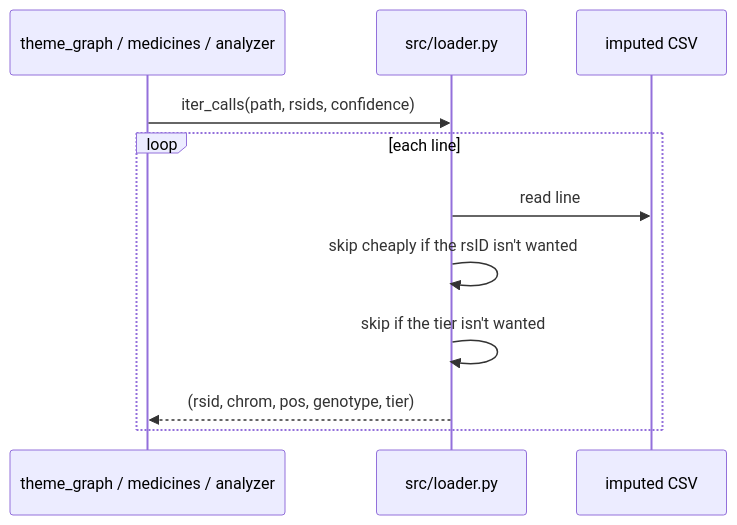
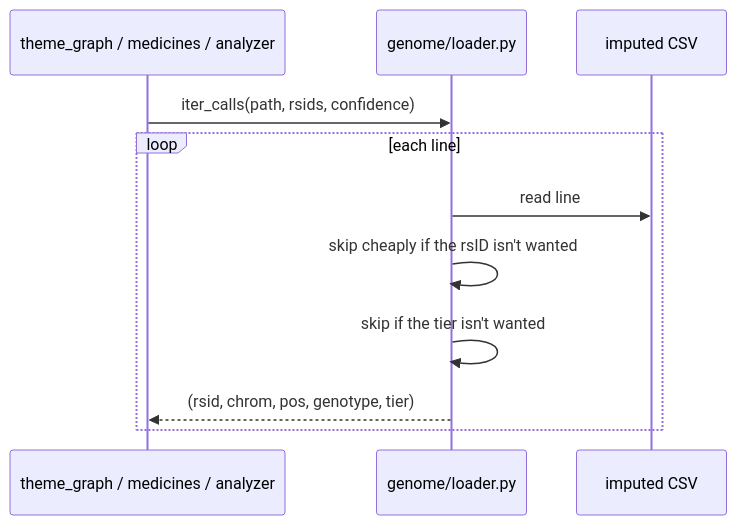
Before and after one commit to Lyceriuss/DNA-Analyzer: the fourth of 4 diagrams in docs/architecture/imputation.md, drawn with Mermaid. The commit also changed other lines of this file and 109 other files, not shown here.

````diff
--- a/docs/architecture/imputation.md
+++ b/docs/architecture/imputation.md
@@ -76,13 +76,13 @@
 ```mermaid
 sequenceDiagram
     participant Caller as theme_graph / medicines / analyzer
-    participant L as src/loader.py
+    participant L as genome/loader.py
     participant F as imputed CSV
     Caller->>L: iter_calls(path, rsids, confidence)
     loop each line
         L->>F: read line
         L->>L: skip cheaply if the rsID isn't wanted
         L->>L: skip if the tier isn't wanted
         L-->>Caller: (rsid, chrom, pos, genotype, tier)
     end
 ```
````
